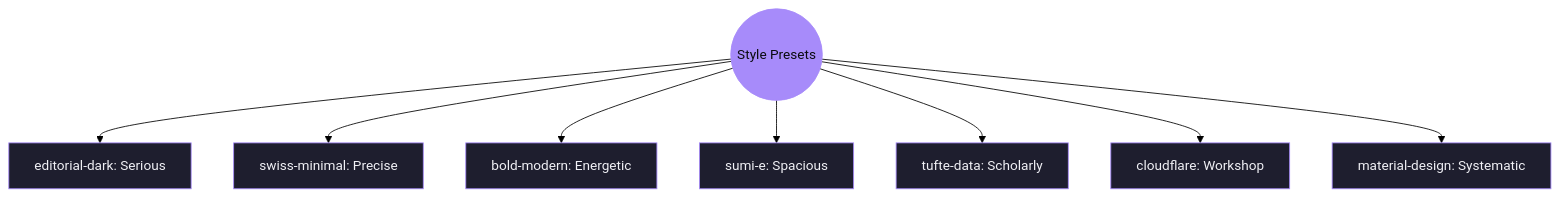
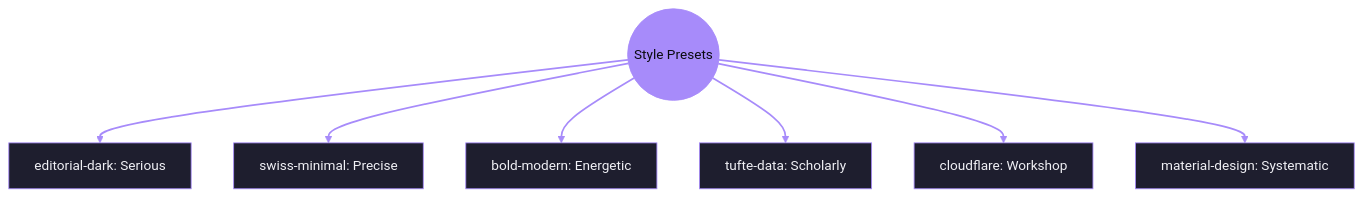
One commit to adewale/slide-maker changed the first of 2 diagrams in examples/demo/slides.md. Above: the diagram before and after it, drawn with Mermaid (forest theme). The commit also changed other lines of this file and 21 other files, not shown here.

````diff
--- a/examples/demo/slides.md
+++ b/examples/demo/slides.md
@@ -189,14 +189,14 @@
 ```mermaid {theme: 'dark', scale: 0.6}
 graph TD
   SP((Style Presets)) --> ED["editorial-dark: Serious"]
   SP --> SM["swiss-minimal: Precise"]
   SP --> BM["bold-modern: Energetic"]
-  SP --> SE["sumi-e: Spacious"]
   SP --> TD2["tufte-data: Scholarly"]
   SP --> CF["cloudflare: Workshop"]
   SP --> MD["material-design: Systematic"]
   classDef hub fill:#a78bfa,stroke:#a78bfa,color:#0a0a0f
   classDef leaf fill:#1e1e2e,stroke:#a78bfa,color:#f0f0f5
   class SP hub
-  class ED,SM,BM,SE,TD2,CF,MD leaf
+  class ED,SM,BM,TD2,CF,MD leaf
+  linkStyle default stroke:#a78bfa,stroke-width:2px
 ```
````
